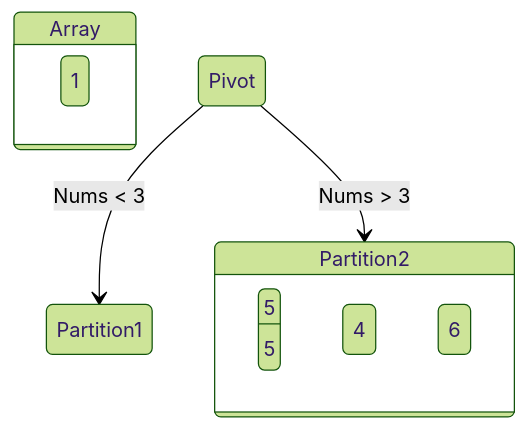
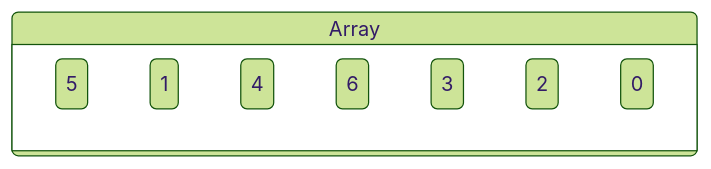
Diagram 13 of 19 in docs/cs2430_CodingCadets_p1_Report.md (AegeanGrey/ProgrammingProject0_CS-2430), drawn with Mermaid (forest theme) before and after one commit. The commit also changed other lines of this file, not shown here.

Commit message:
Quicksort Diagram

````diff
--- a/docs/cs2430_CodingCadets_p1_Report.md
+++ b/docs/cs2430_CodingCadets_p1_Report.md
@@ -389,20 +418,13 @@
 ```mermaid
 stateDiagram-v2
-	classDef note fill:#fff4b1
-
-    direction TB
+    direction LR
     state Array {
-	    direction LR
         five: 5
         one: 1
-    }
-    
-    state Partition2 {
-        five: 5
         four: 4
         six: 6
+        three: 3
+        two: 2
+        zero: 0
     }
-    
-    Pivot --> Partition1: Nums < 3
-    Pivot --> Partition2: Nums > 3
 ```
````
